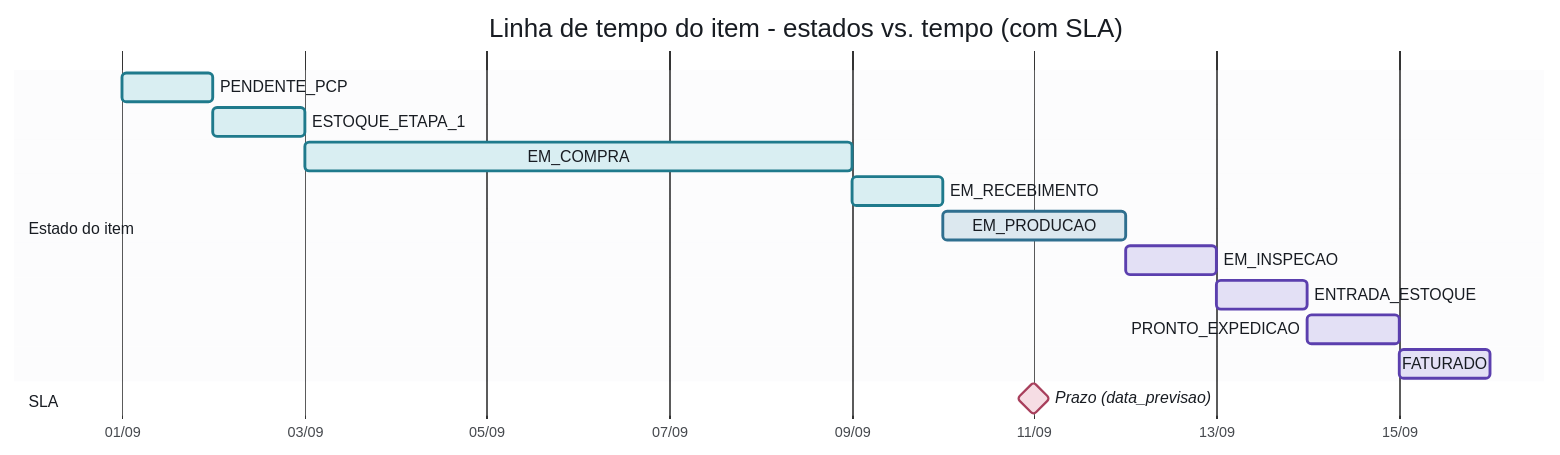
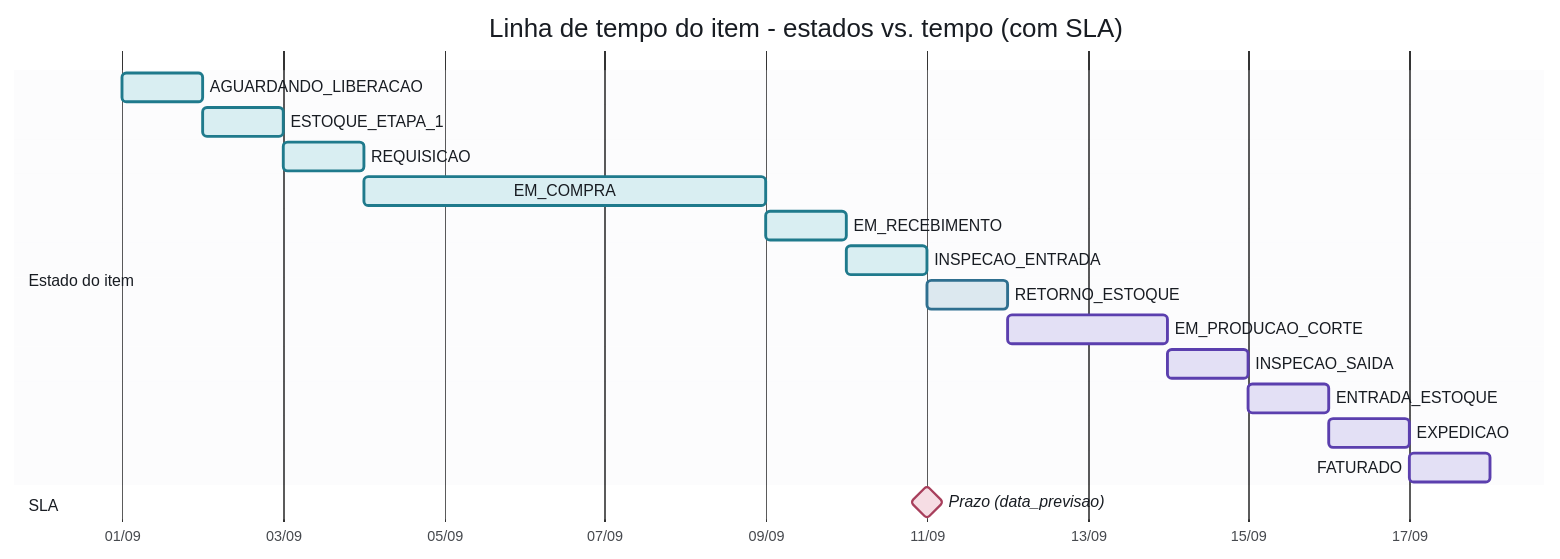
One commit to Acosvital/vault-avhub-mer changed diagram 22 of 28 in 04-Arquitetura-Transversal/Diagramas-UML.md. Above: the diagram before and after it, drawn with Mermaid. The commit also changed other lines of this file and 3 other files, not shown here.

Commit message:
docs(vault): atualiza UML, fluxograma de telas, encaixe estoque/revenda e anexo 0003 do contrato 33

````diff
--- a/04-Arquitetura-Transversal/Diagramas-UML.md
+++ b/04-Arquitetura-Transversal/Diagramas-UML.md
@@ -1209,40 +1226,43 @@
 ```mermaid
 %%{init: {'theme': 'base', 'themeVariables': {
   'titleColor': '#181c22',
   'textColor': '#181c22',
   'taskTextColor': '#181c22',
   'taskTextOutsideColor': '#181c22',
   'taskTextLightColor': '#181c22',
   'taskTextDarkColor': '#181c22',
   'taskTextClickableColor': '#181c22',
   'sectionBkgColor': '#eef0f2',
   'sectionBkgColor2': '#ffffff',
   'altSectionBkgColor': '#ffffff',
   'gridColor': '#c7ccd1',
   'todayLineColor': '#c9541a',
   'doneTaskBkgColor': '#d9eef2',
   'doneTaskBorderColor': '#1f7a8c',
   'activeTaskBkgColor': '#dce8ef',
   'activeTaskBorderColor': '#2f6f8f',
   'taskBkgColor': '#e3e0f5',
   'taskBorderColor': '#5b3fae',
   'critBkgColor': '#f6dde4',
   'critBorderColor': '#a83f5c'
 }}}%%
 gantt
     title Linha de tempo do item - estados vs. tempo (com SLA)
     dateFormat YYYY-MM-DD
     axisFormat %d/%m
     section Estado do item
-    PENDENTE_PCP          :done, s1, 2026-09-01, 1d
-    ESTOQUE_ETAPA_1       :done, s2, 2026-09-02, 1d
-    EM_COMPRA             :done, s3, 2026-09-03, 6d
+    AGUARDANDO_LIBERACAO  :done, s0, 2026-09-01, 1d
+    ESTOQUE_ETAPA_1       :done, s1, 2026-09-02, 1d
+    REQUISICAO            :done, s2, 2026-09-03, 1d
+    EM_COMPRA             :done, s3, 2026-09-04, 5d
     EM_RECEBIMENTO        :done, s4, 2026-09-09, 1d
-    EM_PRODUCAO           :active, s5, 2026-09-10, 2d
-    EM_INSPECAO           :s6, 2026-09-12, 1d
-    ENTRADA_ESTOQUE       :s7, 2026-09-13, 1d
-    PRONTO_EXPEDICAO      :s8, 2026-09-14, 1d
-    FATURADO              :s9, 2026-09-15, 1d
+    INSPECAO_ENTRADA      :done, s5, 2026-09-10, 1d
+    RETORNO_ESTOQUE       :active, s6, 2026-09-11, 1d
+    EM_PRODUCAO_CORTE     :s7, 2026-09-12, 2d
+    INSPECAO_SAIDA        :s8, 2026-09-14, 1d
+    ENTRADA_ESTOQUE       :s9, 2026-09-15, 1d
+    EXPEDICAO             :s10, 2026-09-16, 1d
+    FATURADO              :s11, 2026-09-17, 1d
     section SLA
     Prazo (data_previsao) :crit, milestone, 2026-09-11, 0d
 ```
````
